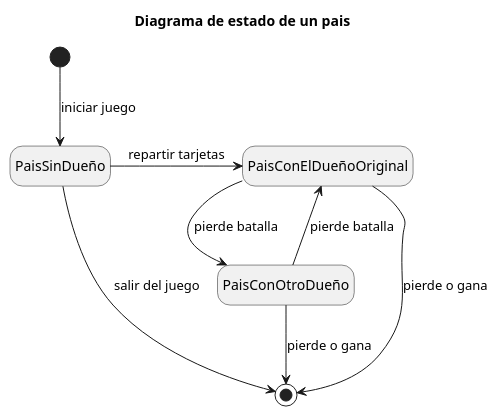
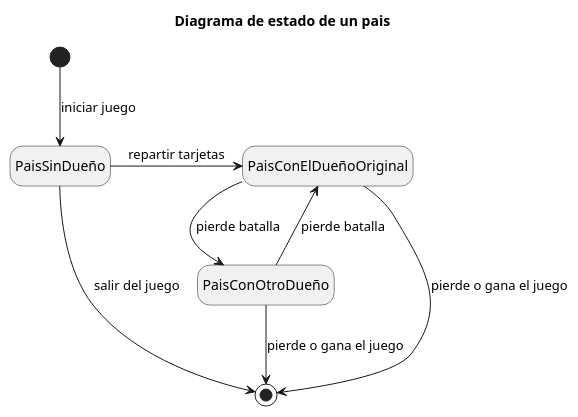
One commit to daniela41149/algo3_tp2 changed the diagram in diagramas/diagramaEstado_pais.wsd. Above: the diagram before and after it, drawn with PlantUML. The commit also changed 1 other file, not shown here.

```diff
--- a/diagramas/diagramaEstado_pais.wsd
+++ b/diagramas/diagramaEstado_pais.wsd
@@ -1,12 +1,12 @@
 @startuml
 Title Diagrama de estado de un pais
 hide empty description
 [*] --> PaisSinDueño: iniciar juego
 PaisSinDueño--> [*]: salir del juego
 
 PaisSinDueño-> PaisConElDueñoOriginal: repartir tarjetas
-PaisConElDueñoOriginal--> [*]: pierde o gana
+PaisConElDueñoOriginal--> [*]: pierde o gana el juego
 PaisConElDueñoOriginal--> PaisConOtroDueño: pierde batalla
 PaisConOtroDueño--> PaisConElDueñoOriginal: pierde batalla
-PaisConOtroDueño--> [*]: pierde o gana
+PaisConOtroDueño--> [*]: pierde o gana el juego
 @enduml
```
